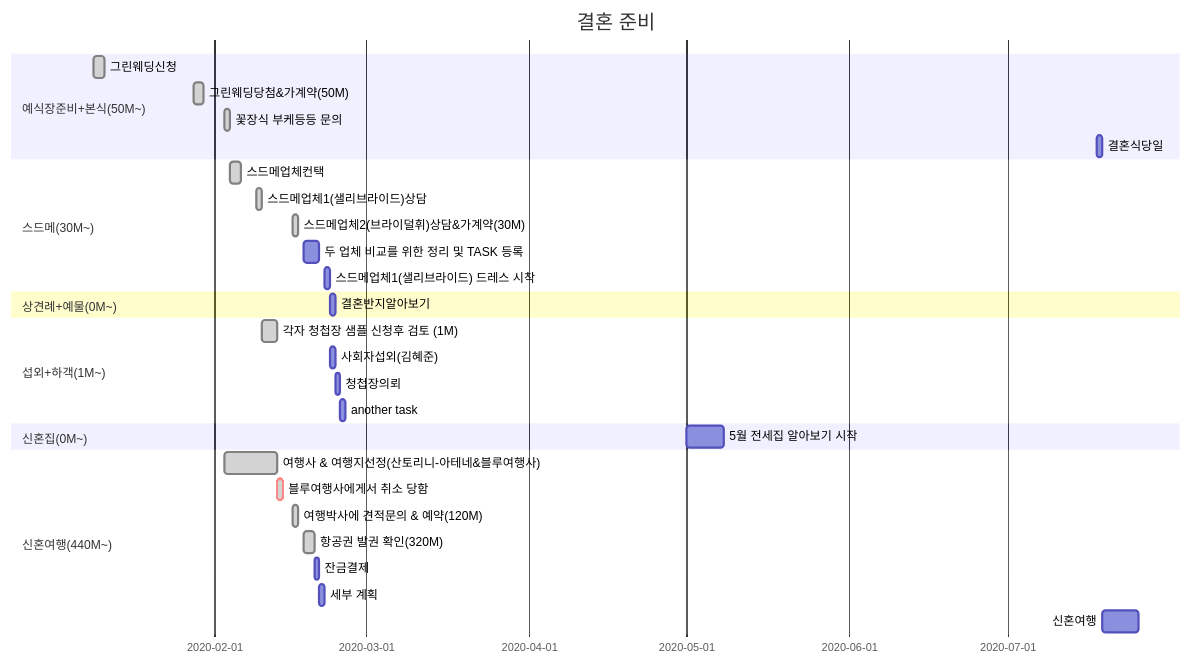
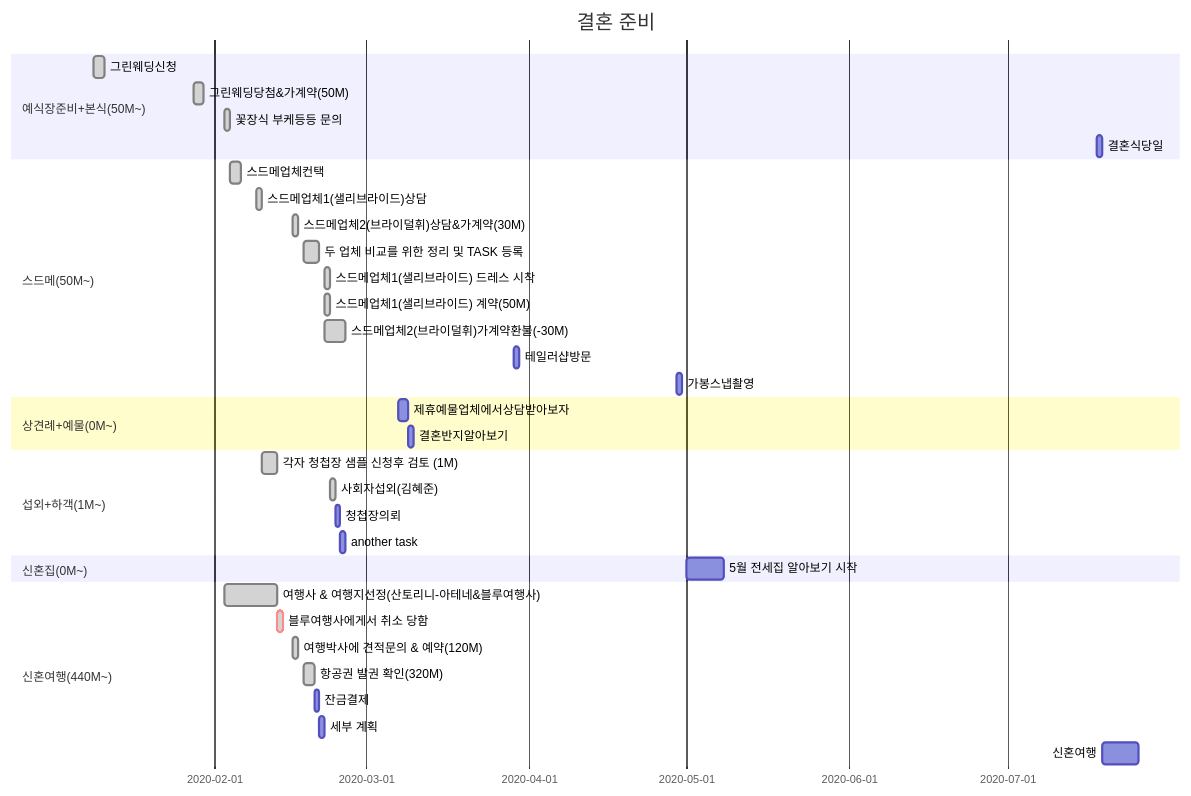
The diagram in grantt.mmd (rino0601/hjk52knk), drawn with Mermaid before and after one commit. The commit also changed 80 other files, not shown here.

```diff
--- a/grantt.mmd
+++ b/grantt.mmd
@@ -1,37 +1,42 @@
 gantt
 	title 결혼 준비
 	dateFormat  YYYY-MM-DD
 
 	section 예식장준비+본식(50M~)
     그린웨딩신청: done, 2020-01-09, 2d
     그린웨딩당첨&가계약(50M): done, 2020-01-28, 2d
     꽃장식 부케등등 문의: done, 2020-02-03, 1d
     결혼식당일: dday, 2020-07-18  , 1d
-  section 스드메(30M~)
+  section 스드메(50M~)
     스드메업체컨택: done, 2020-02-04, 2d
     스드메업체1(샐리브라이드)상담: done, 2020-02-09, 1d
     스드메업체2(브라이덜휘)상담&가계약(30M): done, 2020-02-16, 1d
-    두 업체 비교를 위한 정리 및 TASK 등록: 2020-02-18, 2020-02-21
-    스드메업체1(샐리브라이드) 드레스 시착: 2020-02-22, 1d
+    두 업체 비교를 위한 정리 및 TASK 등록: done, 2020-02-18, 2020-02-21
+    스드메업체1(샐리브라이드) 드레스 시착: done, 2020-02-22, 1d
+    스드메업체1(샐리브라이드) 계약(50M): done, 2020-02-22, 1d
+    스드메업체2(브라이덜휘)가계약환불(-30M): done, 2020-02-22, 2020-02-26
+    테일러샵방문: 2020-03-29, 1d
+    가봉스냅촬영: 2020-04-29, 1d
 
   section 상견례+예물(0M~)
+    제휴예물업체에서상담받아보자: 2020-03-07, 2d
     결혼반지알아보기: 1d
 
   section 섭외+하객(1M~)
     각자 청첩장 샘플 신청후 검토 (1M): done, 2020-02-10, 2020-02-13
-    사회자섭외(김혜준): 2020-02-23, 1d
+    사회자섭외(김혜준): done, 2020-02-23, 1d
     청첩장의뢰                :1d
     another task             :1d
 
   section 신혼집(0M~)
     5월 전세집 알아보기 시작: 2020-05-01, 7d
 
   section 신혼여행(440M~)
     여행사 & 여행지선정(산토리니-아테네&블루여행사): done, 2020-02-03, 2020-02-13
     블루여행사에게서 취소 당함: done, crit, 2020-02-13, 1d
     여행박사에 견적문의 & 예약(120M): done, 2020-02-16, 2020-02-17
     항공권 발권 확인(320M): done, 2020-02-18, 2020-02-20
     잔금결제: 1d
 
     세부 계획             :1d
     신혼여행: 2020-07-19, 2020-07-26
```
